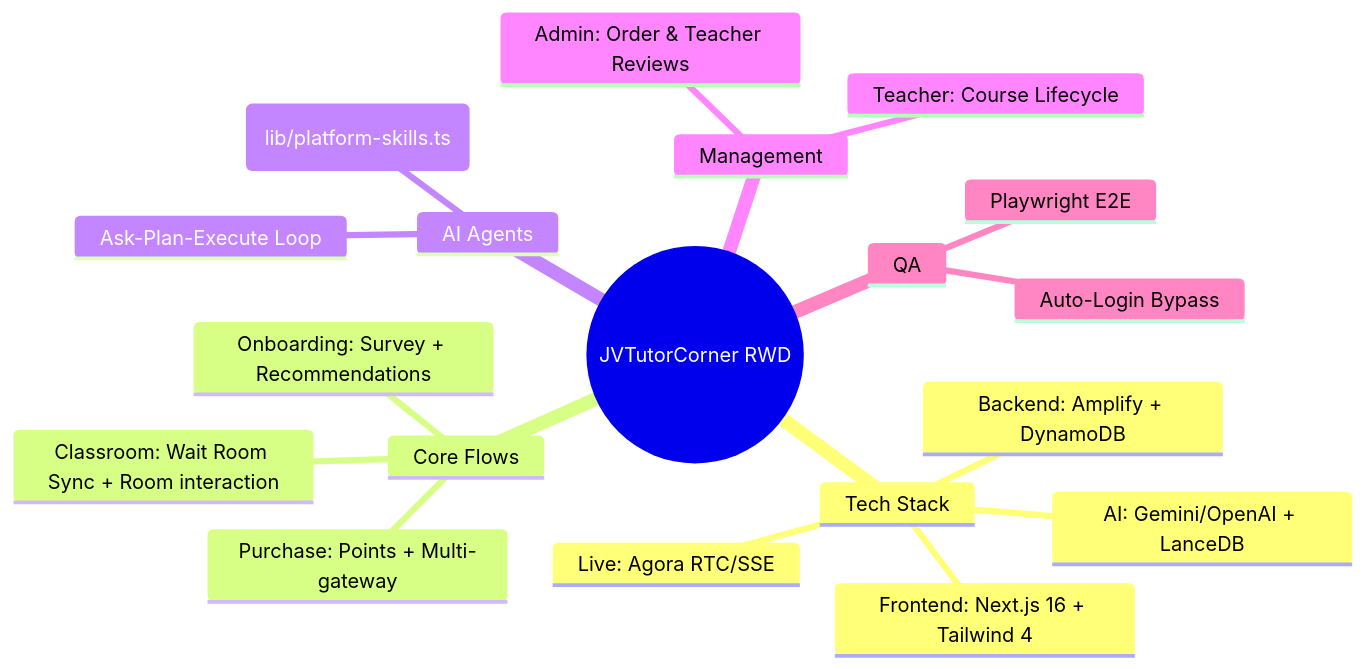
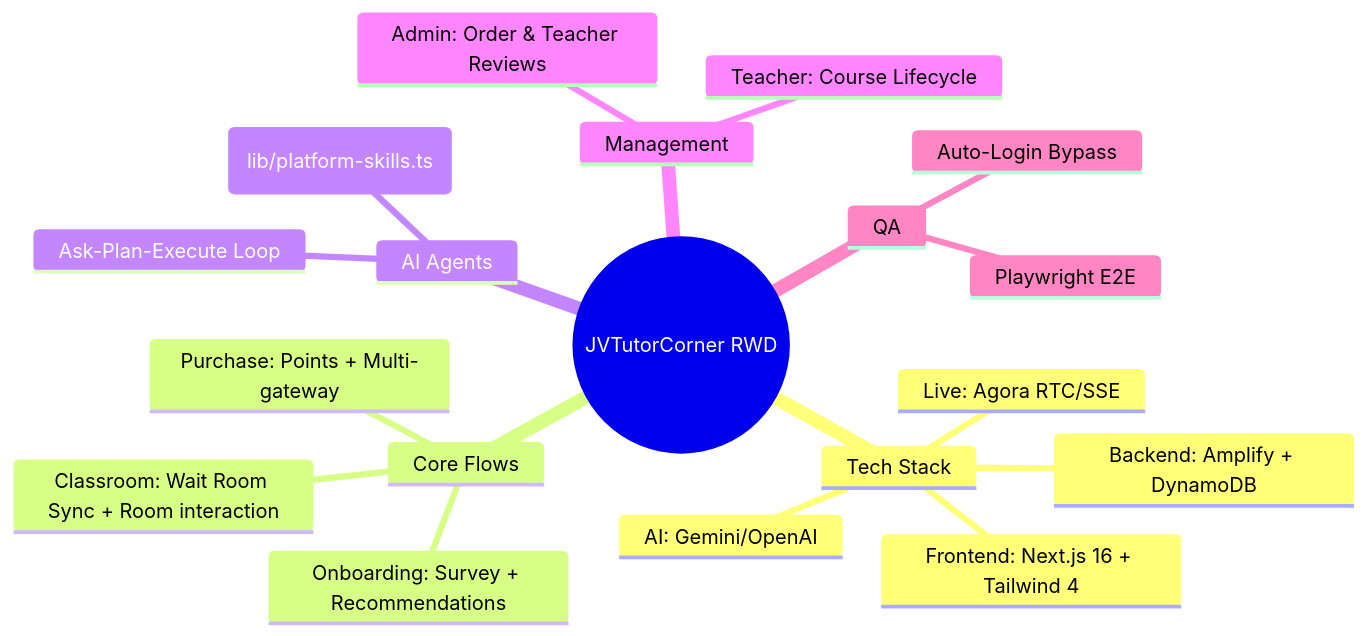
Before and after one commit to jvtutorcorner-sketch/jvtutorcorner-rwd: the first of 7 diagrams in architecture_overview.md, drawn with Mermaid. The commit also changed other lines of this file and 22 other files, not shown here.

First line of the commit message:
feat(courses): update enrollment flow, remove legacy session timer, and enhance E2E tests

````diff
--- a/architecture_overview.md
+++ b/architecture_overview.md
@@ -7,22 +7,22 @@
 ```mermaid
 mindmap
   root((JVTutorCorner RWD))
     Tech Stack
       Frontend: Next.js 16 + Tailwind 4
       Backend: Amplify + DynamoDB
-      AI: Gemini/OpenAI + LanceDB
+      AI: Gemini/OpenAI
       Live: Agora RTC/SSE
     Core Flows
       Onboarding: Survey + Recommendations
       Purchase: Points + Multi-gateway
       Classroom: Wait Room Sync + Room interaction
     AI Agents
       Ask-Plan-Execute Loop
       Platform Tools (lib/platform-skills.ts)
     Management
       Admin: Order & Teacher Reviews
       Teacher: Course Lifecycle
     QA
       Playwright E2E
       Auto-Login Bypass
 ```
````
